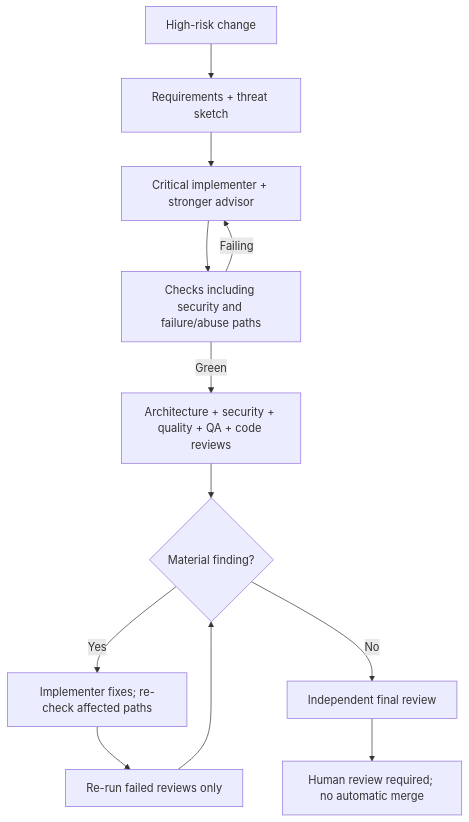
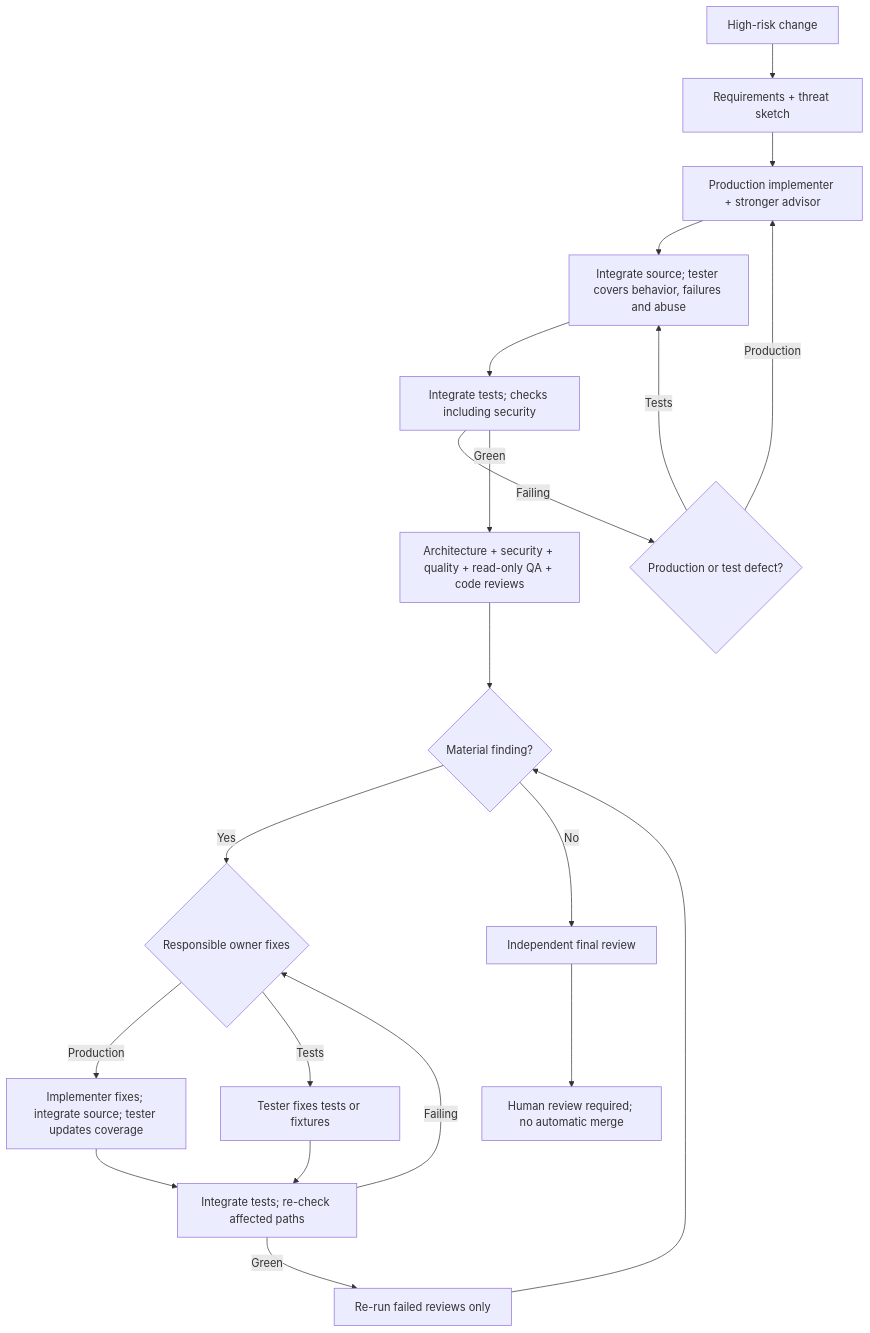
One commit to Glumac7/super-nemo changed the third of 3 diagrams in README.md. Above: the diagram before and after it, drawn with Mermaid. The commit also changed other lines of this file and 8 other files, not shown here.

Commit message:
feat: separate test authoring into dedicated nemo-tester agent

````diff
--- a/README.md
+++ b/README.md
@@ -82,14 +98,22 @@
 ```mermaid
 flowchart TD
     A["High-risk change"] --> B["Requirements + threat sketch"]
-    B --> C["Critical implementer + stronger advisor"]
-    C --> D["Checks including security and failure/abuse paths"]
-    D -- Failing --> C
-    D -- Green --> E["Architecture + security + quality + QA + code reviews"]
+    B --> C["Production implementer + stronger advisor"]
+    C --> T["Integrate source; tester covers behavior, failures and abuse"]
+    T --> D["Integrate tests; checks including security"]
+    D -- Failing --> O{"Production or test defect?"}
+    O -- Production --> C
+    O -- Tests --> T
+    D -- Green --> E["Architecture + security + quality + read-only QA + code reviews"]
     E --> F{"Material finding?"}
-    F -- Yes --> G["Implementer fixes; re-check affected paths"]
-    G --> J["Re-run failed reviews only"]
+    F -- Yes --> G{"Responsible owner fixes"}
+    G -- Production --> P["Implementer fixes; integrate source; tester updates coverage"]
+    G -- Tests --> Q["Tester fixes tests or fixtures"]
+    P --> R["Integrate tests; re-check affected paths"]
+    Q --> R
+    R -- Failing --> G
+    R -- Green --> J["Re-run failed reviews only"]
     J --> F
     F -- No --> H["Independent final review"]
     H --> I["Human review required; no automatic merge"]
 ```
````
